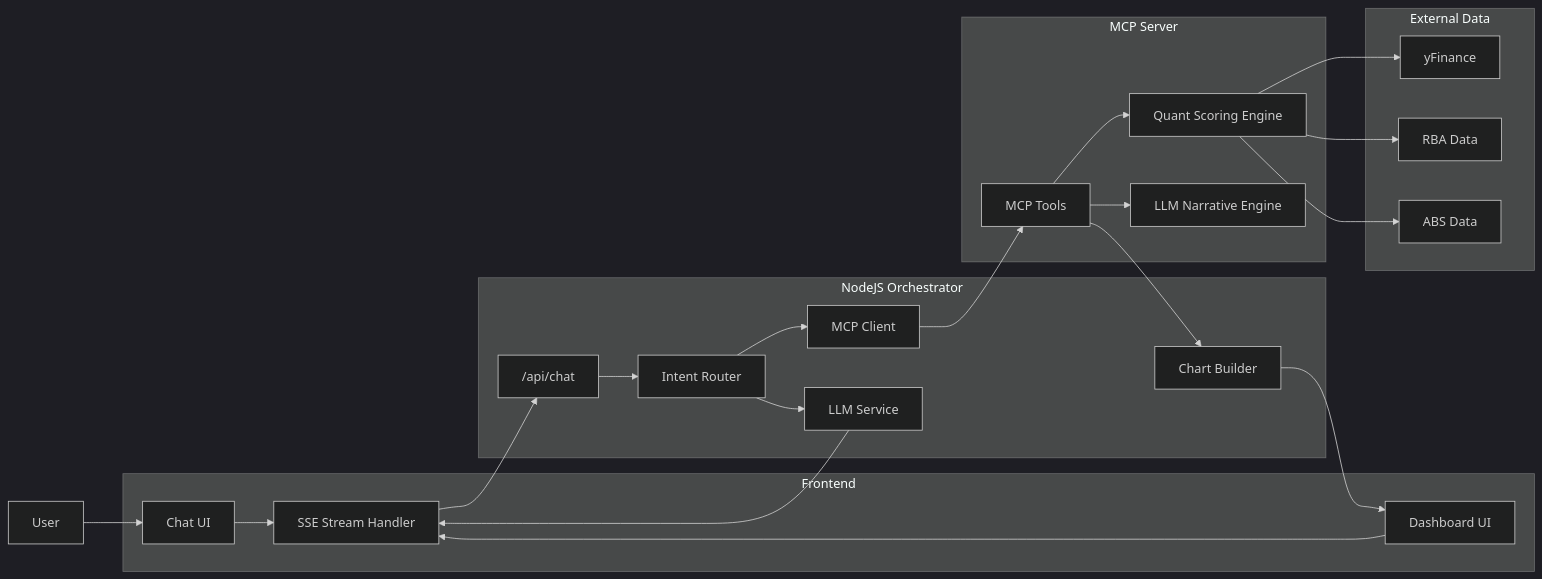
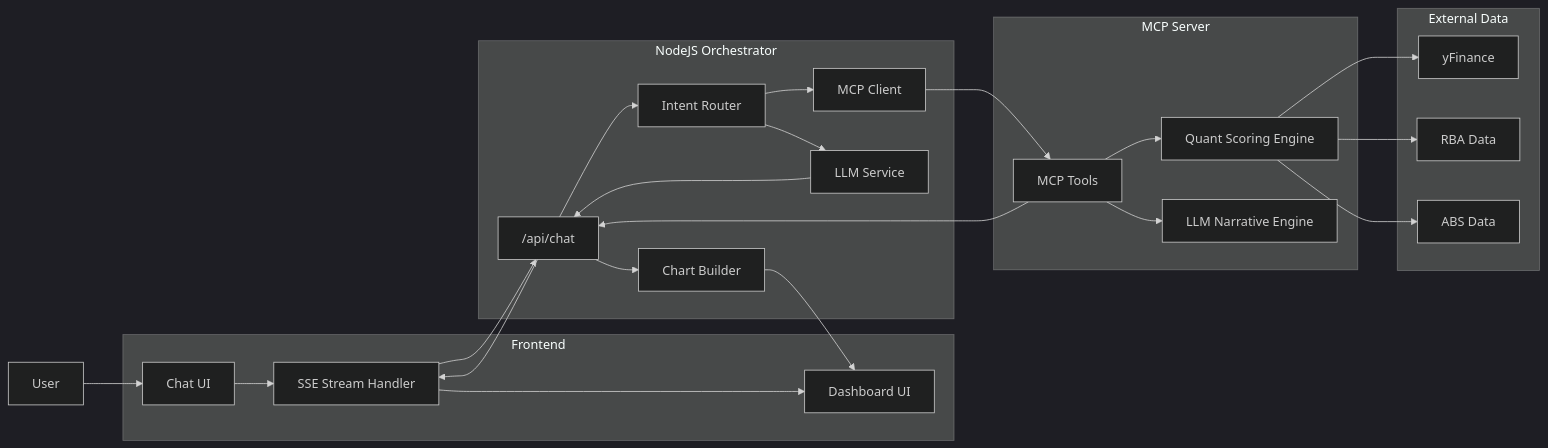
One commit to dwen168/quantbot changed the diagram in ARCHITECTURE.md. Above: the diagram before and after it, drawn with Mermaid (dark theme). The commit also changed other lines of this file, not shown here.

Commit message:
docs: update ARCHITECTURE.md to reflect Gemini support and system refinements

````diff
--- a/ARCHITECTURE.md
+++ b/ARCHITECTURE.md
@@ -15,57 +14,58 @@
 ```mermaid
 flowchart LR
 
     User[User]
 
     subgraph "Frontend"
         ChatUI[Chat UI]
         Dashboard[Dashboard UI]
         SSE[SSE Stream Handler]
     end
 
     subgraph "NodeJS Orchestrator"
         ChatRoute["/api/chat"]
         IntentRouter[Intent Router]
         MCPClient[MCP Client]
         LLMService[LLM Service]
         ChartBuilder[Chart Builder]
     end
 
     subgraph "MCP Server"
         MCPTools[MCP Tools]
         Scoring[Quant Scoring Engine]
         Narrative[LLM Narrative Engine]
     end
 
     subgraph "External Data"
         YF[yFinance]
         RBA[RBA Data]
         ABS[ABS Data]
     end
 
     User --> ChatUI
     ChatUI --> SSE
     SSE --> ChatRoute
 
     ChatRoute --> IntentRouter
 
     IntentRouter --> MCPClient
     IntentRouter --> LLMService
+    LLMService --> ChatRoute
 
     MCPClient --> MCPTools
 
     MCPTools --> Scoring
     MCPTools --> Narrative
 
     Scoring --> YF
     Scoring --> RBA
     Scoring --> ABS
 
-    MCPTools --> ChartBuilder
-
+    MCPTools --> ChatRoute
+    ChatRoute --> ChartBuilder
+    ChatRoute --> SSE
     ChartBuilder --> Dashboard
 
-    LLMService --> SSE
-    Dashboard --> SSE
+    SSE --> Dashboard
 
 ```
````
